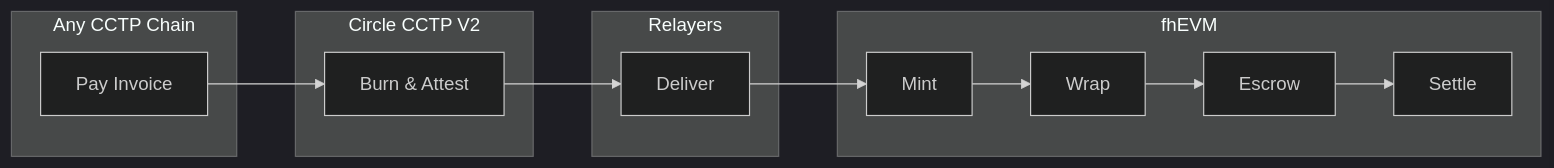
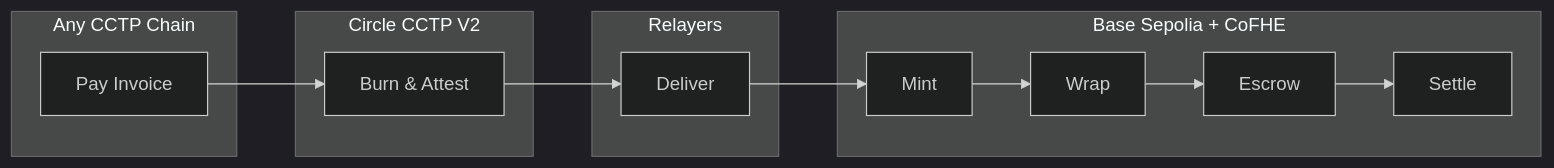
Before and after one commit to PrivaraXYZ/docs: the diagram in protocol/architecture.md, drawn with Mermaid (dark theme). The commit also changed other lines of this file and 3 other files, not shown here.

````diff
--- a/protocol/architecture.md
+++ b/protocol/architecture.md
@@ -32,23 +32,23 @@
 ```mermaid
 flowchart LR
     subgraph Source["Any CCTP Chain"]
         A[Pay Invoice]
     end
 
     subgraph CCTP["Circle CCTP V2"]
         B[Burn & Attest]
     end
 
     subgraph Relay["Relayers"]
         C[Deliver]
     end
 
-    subgraph FHE["fhEVM"]
+    subgraph FHE["Base Sepolia + CoFHE"]
         D[Mint]
         E[Wrap]
         F[Escrow]
         G[Settle]
     end
 
     A --> B --> C --> D --> E --> F --> G
 ```
````
